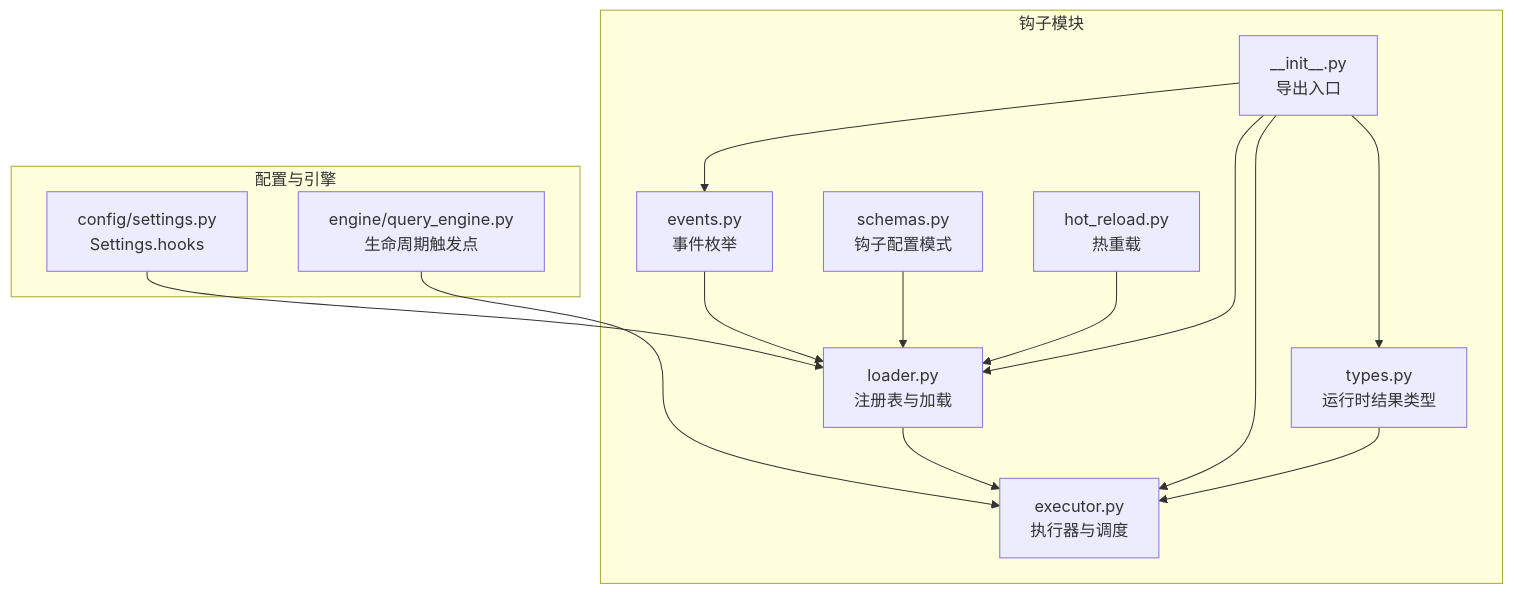
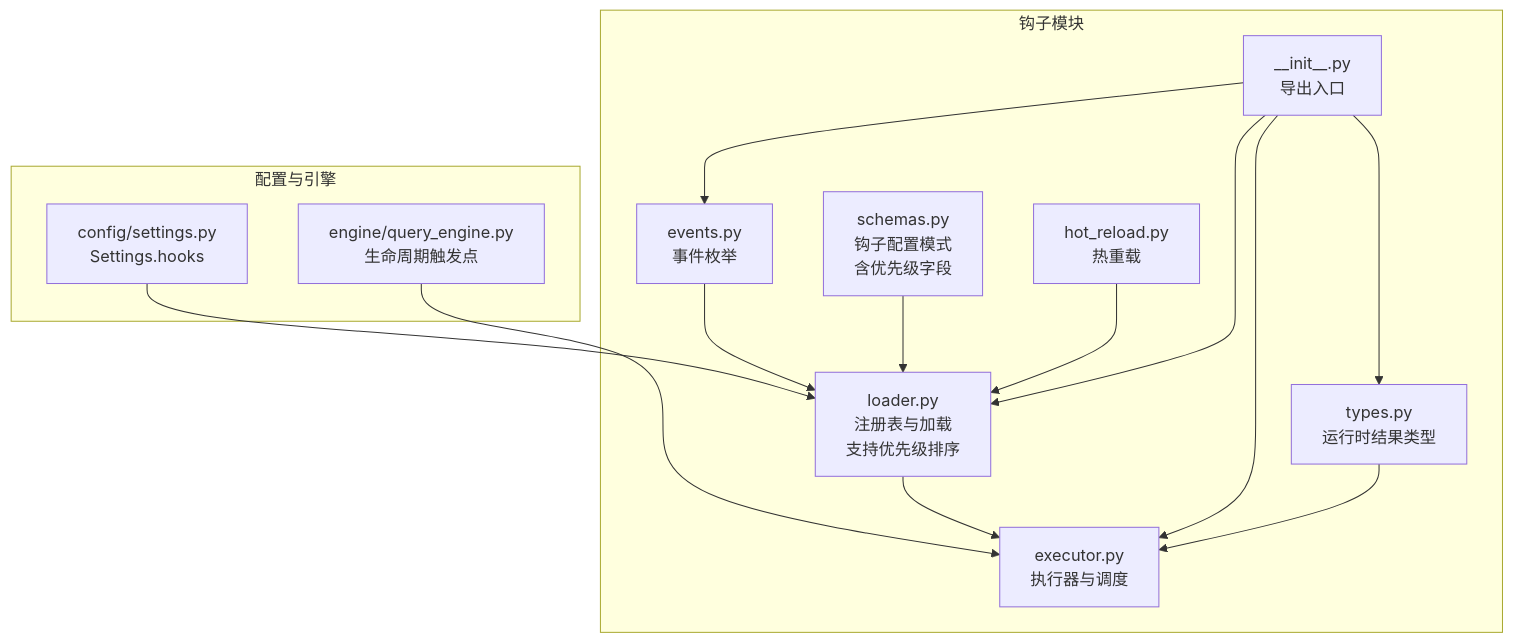
The first of 5 diagrams in .qoder/repowiki/zh/content/插件生态系统/插件类型详解/钩子插件.md (haolange/OpenHarness), drawn with Mermaid before and after one commit. The commit also changed other lines of this file and 5 other files, not shown here.

````diff
--- a/.qoder/repowiki/zh/content/插件生态系统/插件类型详解/钩子插件.md
+++ b/.qoder/repowiki/zh/content/插件生态系统/插件类型详解/钩子插件.md
@@ -35,27 +45,27 @@
 ```mermaid
 graph TB
 subgraph "钩子模块"
 E["events.py<br/>事件枚举"]
-S["schemas.py<br/>钩子配置模式"]
-L["loader.py<br/>注册表与加载"]
+S["schemas.py<br/>钩子配置模式<br/>含优先级字段"]
+L["loader.py<br/>注册表与加载<br/>支持优先级排序"]
 X["executor.py<br/>执行器与调度"]
 T["types.py<br/>运行时结果类型"]
 R["hot_reload.py<br/>热重载"]
 I["__init__.py<br/>导出入口"]
 end
 subgraph "配置与引擎"
 CFG["config/settings.py<br/>Settings.hooks"]
 QE["engine/query_engine.py<br/>生命周期触发点"]
 end
 E --> L
 S --> L
 L --> X
 T --> X
 R --> L
 I --> E
 I --> L
 I --> X
 I --> T
 CFG --> L
 QE --> X
 ```
````
